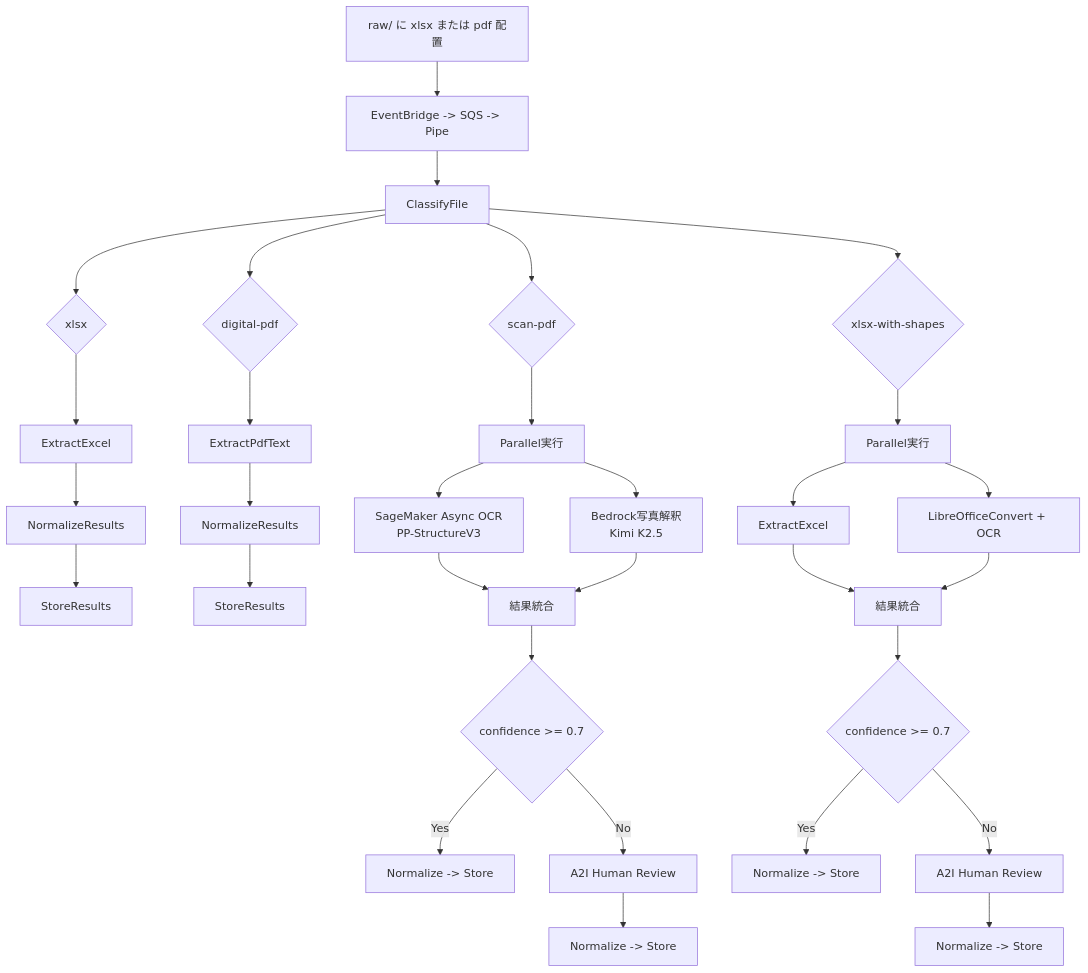
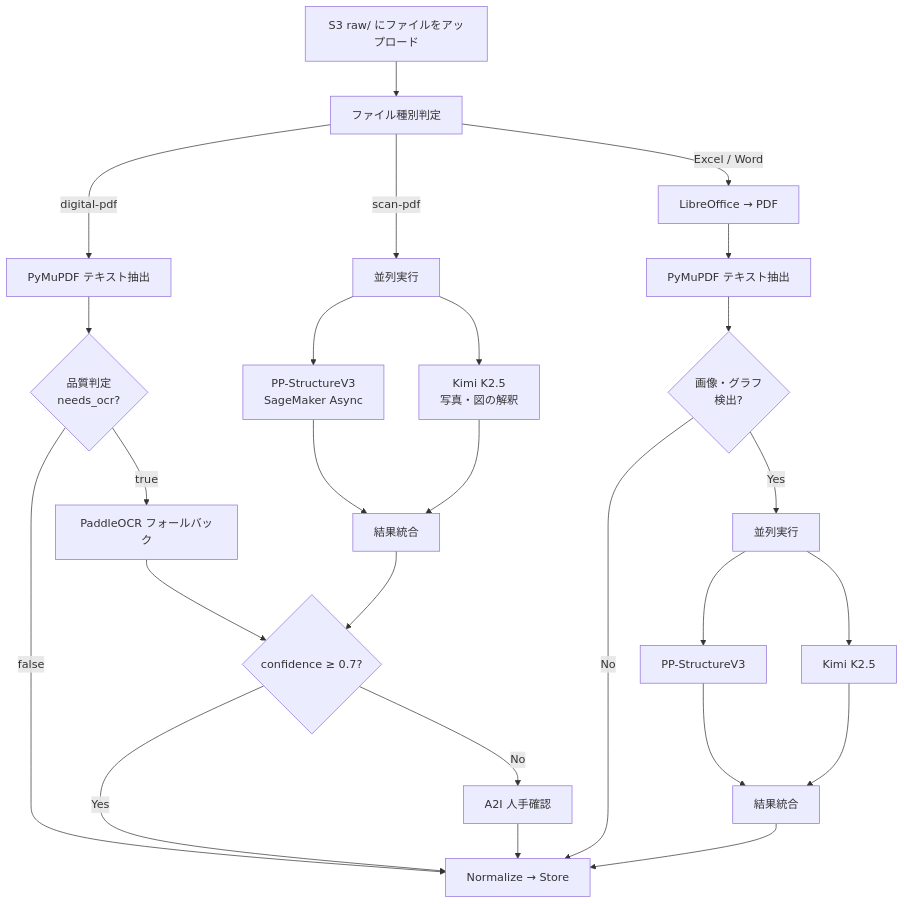
Before and after one commit to niizawat/aws-ai-ocr-pipeline-sample: the second of 2 diagrams in README.md, drawn with Mermaid. The commit also changed other lines of this file, not shown here.

````diff
--- a/README.md
+++ b/README.md
@@ -155,38 +97,26 @@
 ```mermaid
 flowchart TD
-  Start[raw/ に xlsx または pdf 配置] --> Ingest[EventBridge -> SQS -> Pipe]
-  Ingest --> Classify[ClassifyFile]
+  Upload[S3 raw/ にファイルをアップロード] --> Classify[ファイル種別判定]
 
-  Classify --> Xlsx{xlsx}
-  Classify --> Pdf{digital-pdf}
-  Classify --> Scan{scan-pdf}
-  Classify --> Shapes{xlsx-with-shapes}
+  Classify -->|digital-pdf| PyMuPDF[PyMuPDF テキスト抽出]
+  PyMuPDF --> OcrCheck{品質判定\nneeds_ocr?}
+  OcrCheck -->|false| DirectStore[Normalize → Store]
+  OcrCheck -->|true| FallbackOCR[PaddleOCR フォールバック]
+  FallbackOCR --> ConfCheck{confidence ≥ 0.7?}
+  ConfCheck -->|Yes| DirectStore
+  ConfCheck -->|No| A2I[A2I 人手確認]
+  A2I --> DirectStore
 
-  Xlsx --> X1[ExtractExcel]
-  X1 --> X2[NormalizeResults]
-  X2 --> X3[StoreResults]
+  Classify -->|scan-pdf| Parallel[並列実行]
+  Parallel --> OCR[PP-StructureV3\nSageMaker Async]
+  Parallel --> LLM[Kimi K2.5\n写真・図の解釈]
+  OCR & LLM --> Merge[結果統合] --> ConfCheck
 
-  Pdf --> P1[ExtractPdfText]
-  P1 --> P2[NormalizeResults]
-  P2 --> P3[StoreResults]
-
-  Scan --> SPar[Parallel実行]
-  SPar --> SOcr[SageMaker Async OCR<br/>PP-StructureV3]
-  SPar --> SPhoto[Bedrock写真解釈<br/>Kimi K2.5]
-  SOcr --> SMerge[結果統合]
-  SPhoto --> SMerge
-  SMerge --> SConf{confidence >= 0.7}
-  SConf -->|Yes| SHigh[Normalize -> Store]
-  SConf -->|No| SReview[A2I Human Review]
-  SReview --> SAfter[Normalize -> Store]
-
-  Shapes --> HPar[Parallel実行]
-  HPar --> HExcel[ExtractExcel]
-  HPar --> HConv[LibreOfficeConvert + OCR]
-  HExcel --> HMerge[結果統合]
-  HConv --> HMerge
-  HMerge --> HConf{confidence >= 0.7}
-  HConf -->|Yes| HHigh[Normalize -> Store]
-  HConf -->|No| HReview[A2I Human Review]
-  HReview --> HAfter[Normalize -> Store]
+  Classify -->|Excel / Word| LibreOffice[LibreOffice → PDF]
+  LibreOffice --> PyMuPDF2[PyMuPDF テキスト抽出]
+  PyMuPDF2 --> OcrCheck2{画像・グラフ\n検出?}
+  OcrCheck2 -->|No| DirectStore
+  OcrCheck2 -->|Yes| Parallel2[並列実行]
+  Parallel2 --> OCR2[PP-StructureV3] & LLM2[Kimi K2.5]
+  OCR2 & LLM2 --> Merge2[結果統合] --> DirectStore
 ```
````
